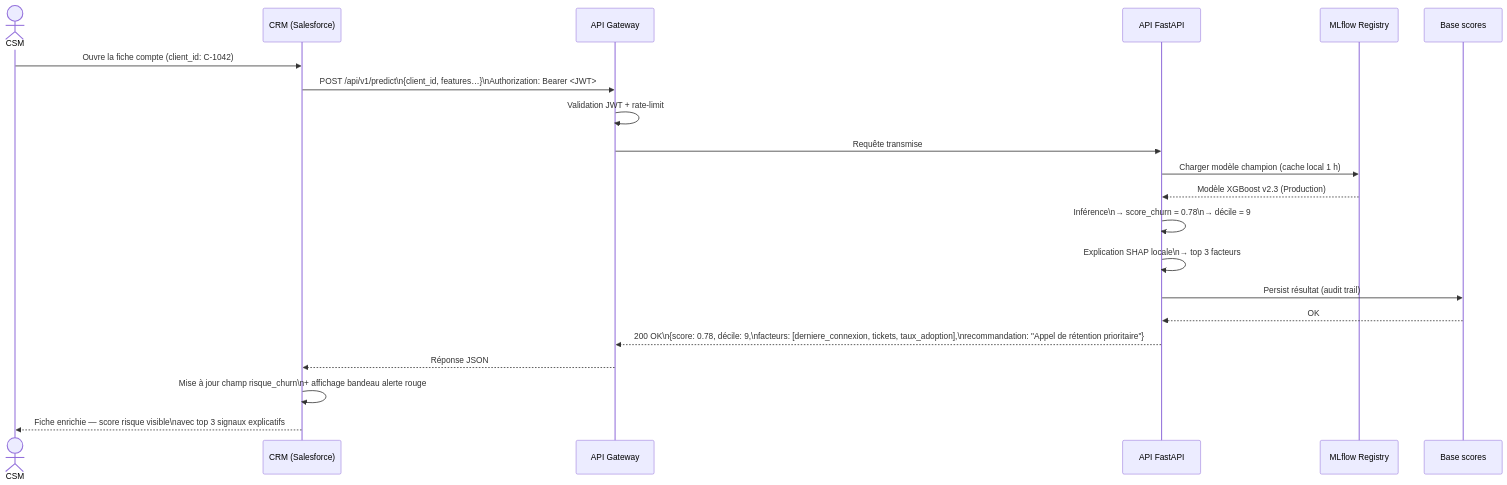
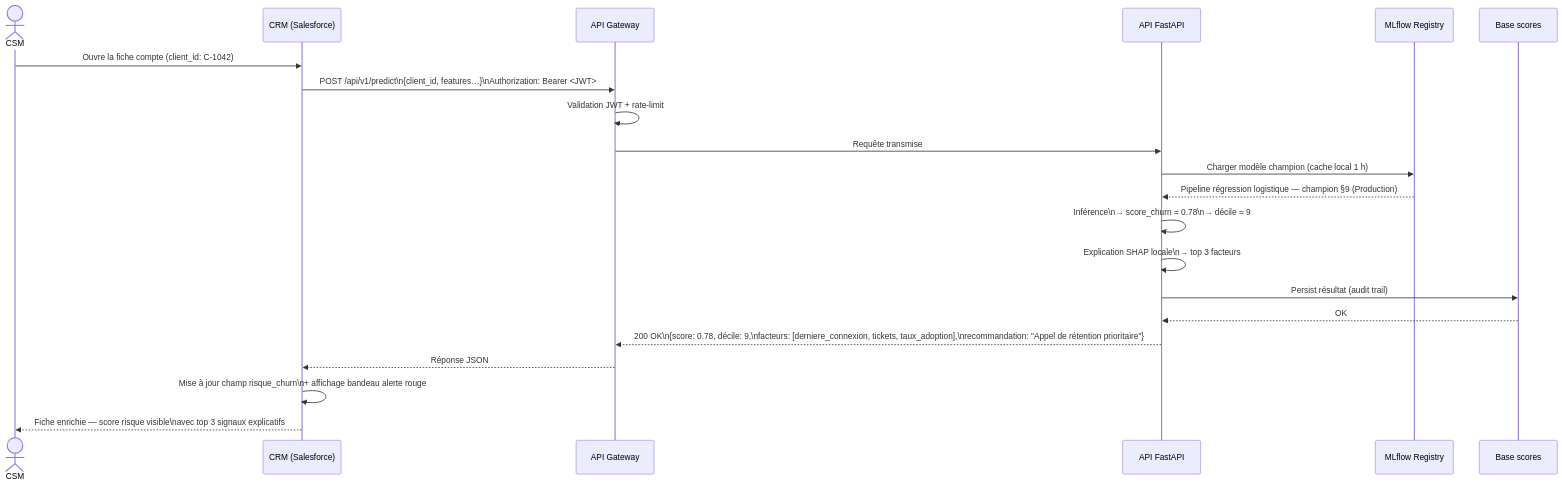
One commit to laurent-git-dev/churn_saas_release changed the third of 3 diagrams in docs/ARCHITECTURE.md. Above: the diagram before and after it, drawn with Mermaid. The commit also changed 25 other files, not shown here.

````diff
--- a/docs/ARCHITECTURE.md
+++ b/docs/ARCHITECTURE.md
@@ -107,29 +107,29 @@
 ```mermaid
 sequenceDiagram
     actor CSM as CSM
     participant CRM as CRM (Salesforce)
     participant GW as API Gateway
     participant API as API FastAPI
     participant REG as MLflow Registry
     participant DB as Base scores
 
     CSM->>CRM: Ouvre la fiche compte (client_id: C-1042)
     CRM->>GW: POST /api/v1/predict\n{client_id, features…}\nAuthorization: Bearer <JWT>
     GW->>GW: Validation JWT + rate-limit
     GW->>API: Requête transmise
 
     API->>REG: Charger modèle champion (cache local 1 h)
-    REG-->>API: Modèle XGBoost v2.3 (Production)
+    REG-->>API: Pipeline régression logistique — champion §9 (Production)
 
     API->>API: Inférence\n→ score_churn = 0.78\n→ décile = 9
 
     API->>API: Explication SHAP locale\n→ top 3 facteurs
 
     API->>DB: Persist résultat (audit trail)
     DB-->>API: OK
 
     API-->>GW: 200 OK\n{score: 0.78, décile: 9,\nfacteurs: [derniere_connexion, tickets, taux_adoption],\nrecommandation: "Appel de rétention prioritaire"}
     GW-->>CRM: Réponse JSON
     CRM->>CRM: Mise à jour champ risque_churn\n+ affichage bandeau alerte rouge
     CRM-->>CSM: Fiche enrichie — score risque visible\navec top 3 signaux explicatifs
 ```
````
